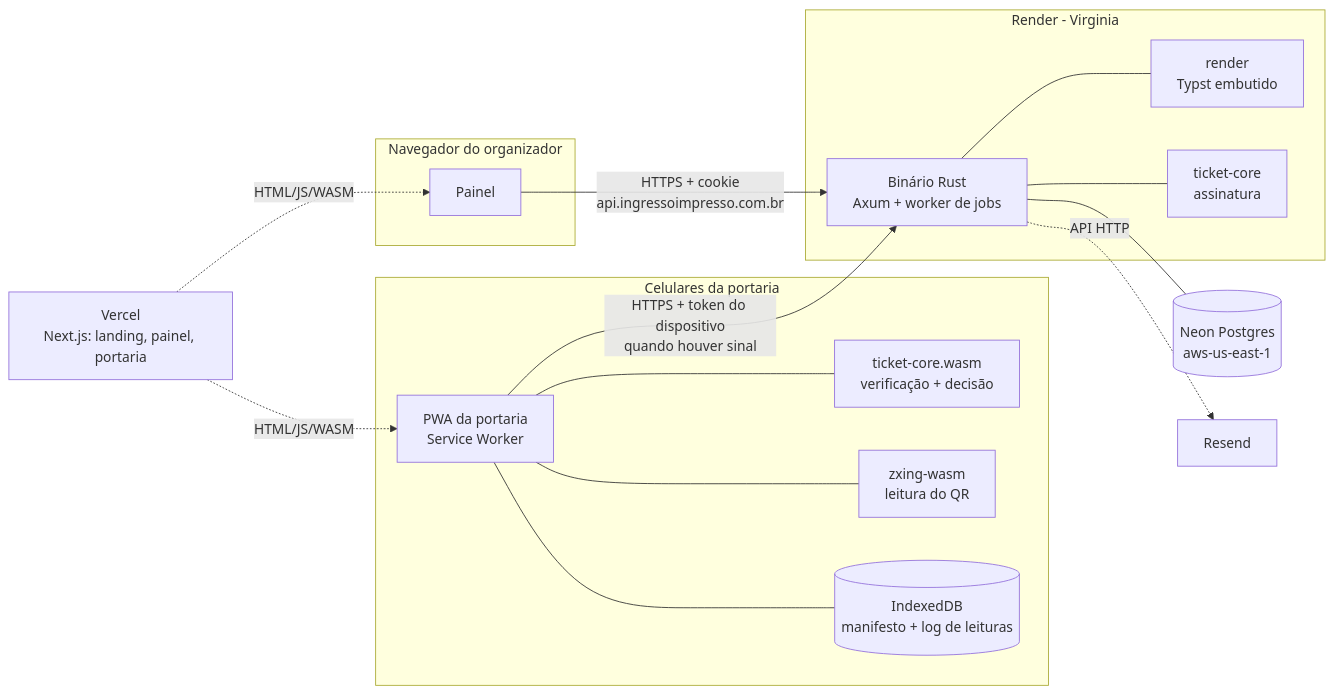
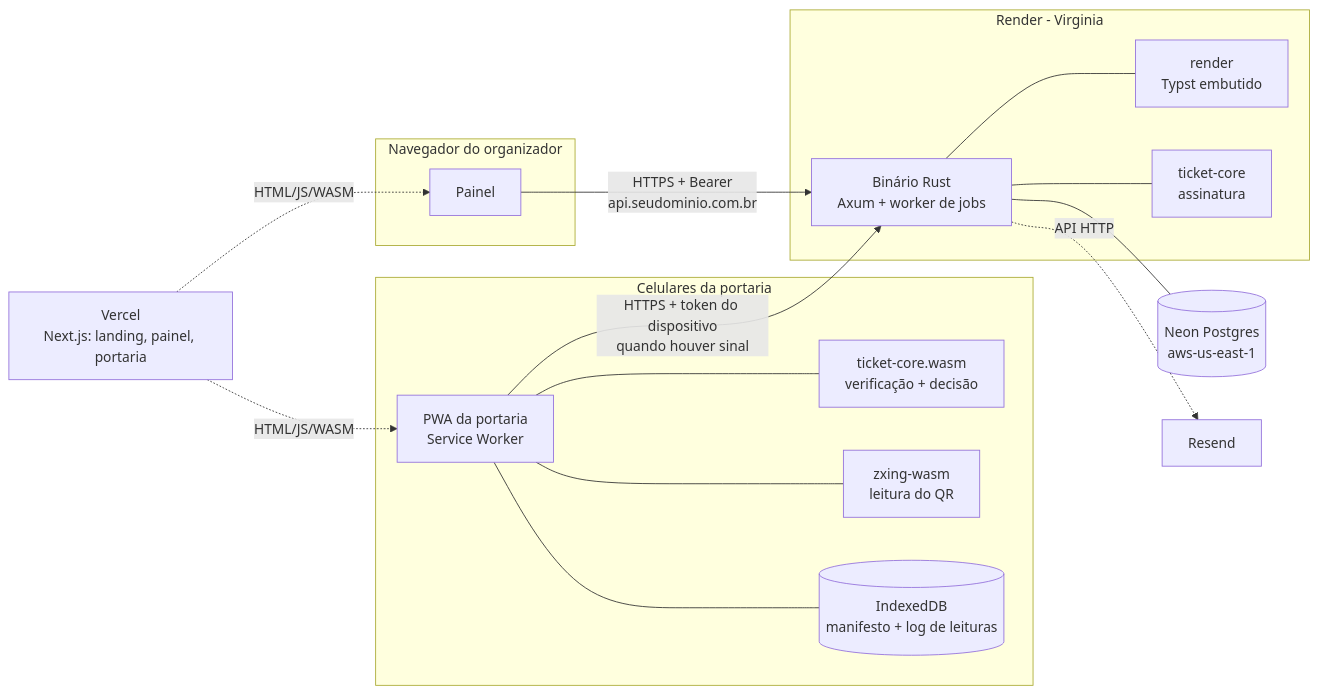
The first of 2 diagrams in docs/arquitetura.md (allansomensi/ingressoimpresso), drawn with Mermaid before and after one commit. The commit also changed other lines of this file and 4 other files, not shown here.

````diff
--- a/docs/arquitetura.md
+++ b/docs/arquitetura.md
@@ -51,29 +51,29 @@
 ```mermaid
 flowchart LR
   V[Vercel<br/>Next.js: landing, painel, portaria] -. HTML/JS/WASM .-> P
   V -. HTML/JS/WASM .-> D
   subgraph Navegador do organizador
     P[Painel]
   end
   subgraph Celulares da portaria
     D[PWA da portaria<br/>Service Worker]
     W[ticket-core.wasm<br/>verificação + decisão]
     Z[zxing-wasm<br/>leitura do QR]
     I[(IndexedDB<br/>manifesto + log de leituras)]
     D --- W
     D --- Z
     D --- I
   end
   subgraph Render - Virginia
     S[Binário Rust<br/>Axum + worker de jobs]
     R[render<br/>Typst embutido]
     K[ticket-core<br/>assinatura]
     S --- R
     S --- K
   end
   DB[(Neon Postgres<br/>aws-us-east-1)]
   S --- DB
-  P -- HTTPS + cookie<br/>api.ingressoimpresso.com.br --> S
+  P -- HTTPS + Bearer<br/>api.seudominio.com.br --> S
   D -- HTTPS + token do dispositivo<br/>quando houver sinal --> S
   S -. API HTTP .-> E[Resend]
 ```
````
